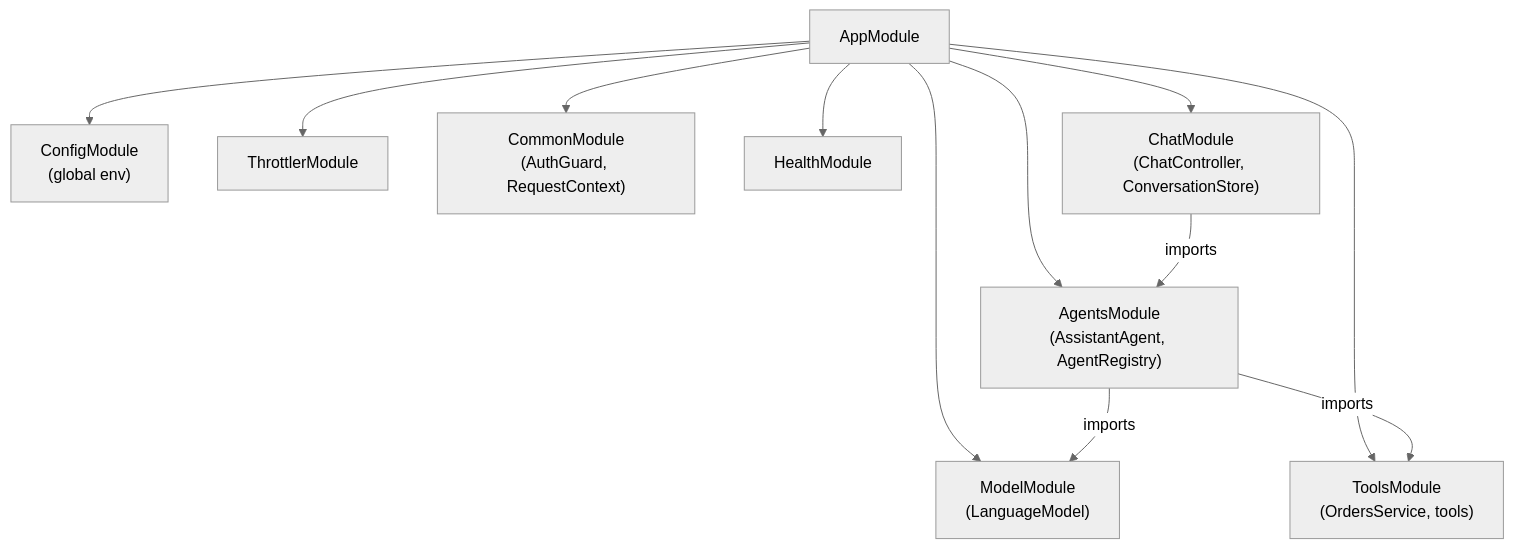
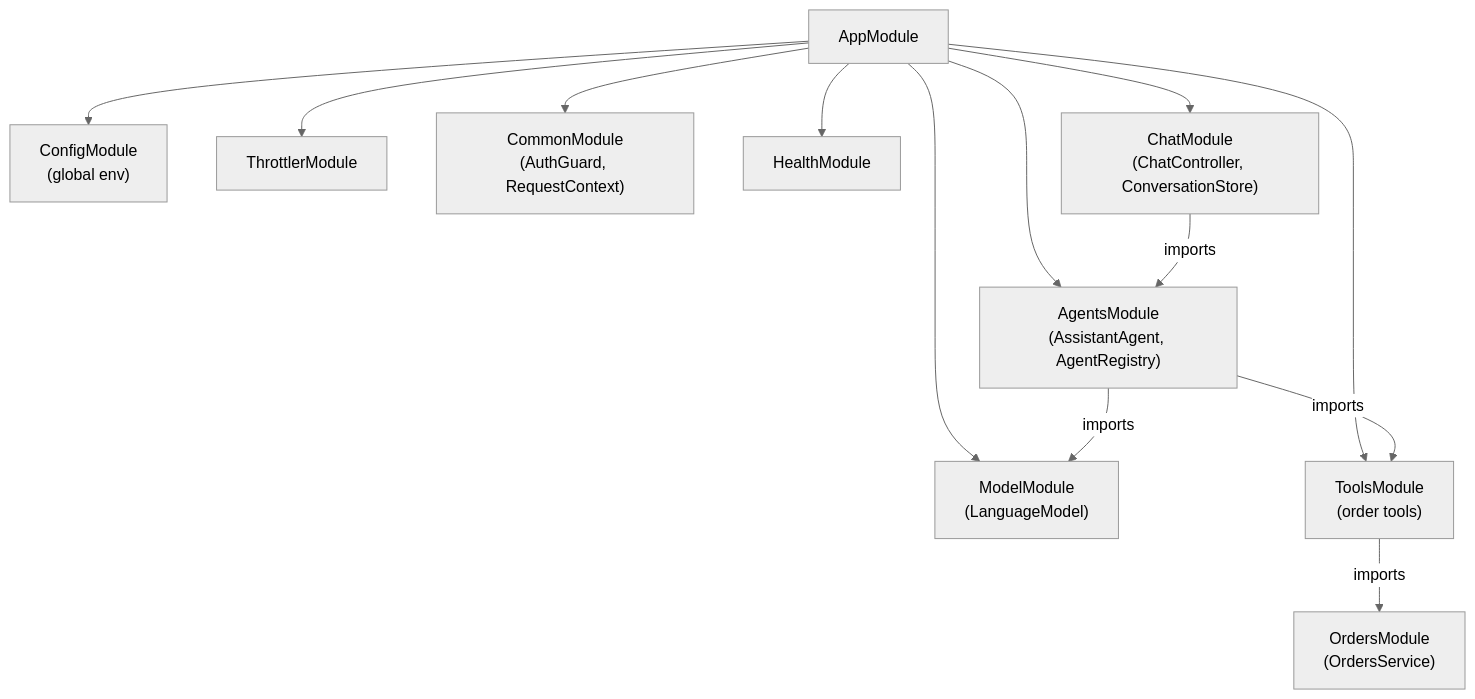
Before and after one commit to pguso/nestjs-agents-starter: the second of 2 diagrams in docs/lessons/01-project-structure.md, drawn with Mermaid (neutral theme). The commit also changed other lines of this file and 18 other files, not shown here.

Commit message:
move OrdersService into src/orders/ so tools stay thin domain wrappers

````diff
--- a/docs/lessons/01-project-structure.md
+++ b/docs/lessons/01-project-structure.md
@@ -167,26 +169,28 @@
 ```mermaid
 flowchart TB
   App["AppModule"]
 
   Config["ConfigModule<br/>(global env)"]
   Throttle["ThrottlerModule"]
   Common["CommonModule<br/>(AuthGuard, RequestContext)"]
   Health["HealthModule"]
   Model["ModelModule<br/>(LanguageModel)"]
-  Tools["ToolsModule<br/>(OrdersService, tools)"]
+  Orders["OrdersModule<br/>(OrdersService)"]
+  Tools["ToolsModule<br/>(order tools)"]
   Agents["AgentsModule<br/>(AssistantAgent, AgentRegistry)"]
   Chat["ChatModule<br/>(ChatController, ConversationStore)"]
 
   App --> Config
   App --> Throttle
   App --> Common
   App --> Health
   App --> Model
   App --> Tools
   App --> Agents
   App --> Chat
 
   Chat -->|imports| Agents
   Agents -->|imports| Model
   Agents -->|imports| Tools
+  Tools -->|imports| Orders
 ```
````
